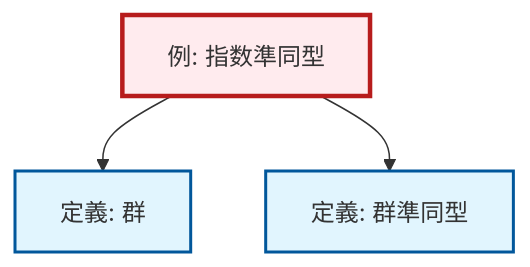
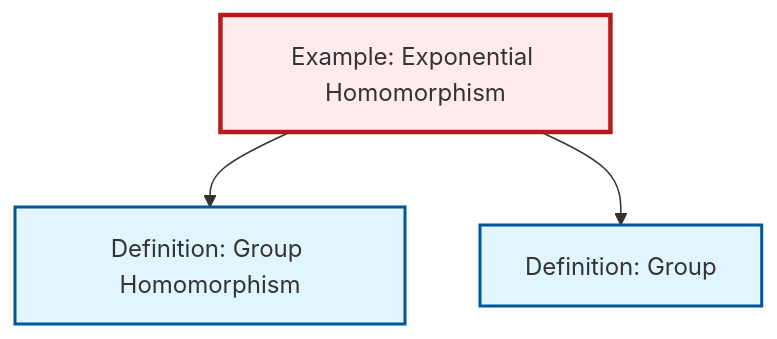
One commit to RK0429/ModernMath changed the diagram in content/ja/algebra/ex-exponential-homomorphism.qmd. Above: the diagram before and after it, drawn with Mermaid. The commit also changed 203 other files, not shown here.

````diff
--- a/content/ja/algebra/ex-exponential-homomorphism.qmd
+++ b/content/ja/algebra/ex-exponential-homomorphism.qmd
@@ -45,18 +45,15 @@
 ```{mermaid}
-%%| fig-cap: "局所依存関係グラフ"
+%%| fig-cap: "Local dependency graph"
 graph TD
     classDef definition fill:#e1f5fe,stroke:#01579b,stroke-width:2px
     classDef theorem fill:#f3e5f5,stroke:#4a148c,stroke-width:2px
     classDef axiom fill:#fff3e0,stroke:#e65100,stroke-width:2px
     classDef example fill:#e8f5e9,stroke:#1b5e20,stroke-width:2px
     classDef current fill:#ffebee,stroke:#b71c1c,stroke-width:3px
-    def-group["定義: 群"]:::definition
-    ex-exponential-homomorphism["例: 指数準同型"]:::example
-    def-homomorphism["定義: 群準同型"]:::definition
+    def-group["Definition: Group"]:::definition
+    def-homomorphism["Definition: Group Homomorphism"]:::definition
+    ex-exponential-homomorphism["Example: Exponential Homomorphism"]:::example
+    ex-exponential-homomorphism --> def-homomorphism
     ex-exponential-homomorphism --> def-group
-    ex-exponential-homomorphism --> def-homomorphism
     class ex-exponential-homomorphism current
-
-    click def-group "def-group.html" "Go to 定義: 群"
-    click def-homomorphism "def-homomorphism.html" "Go to 定義: 群準同型"
 ```
````
